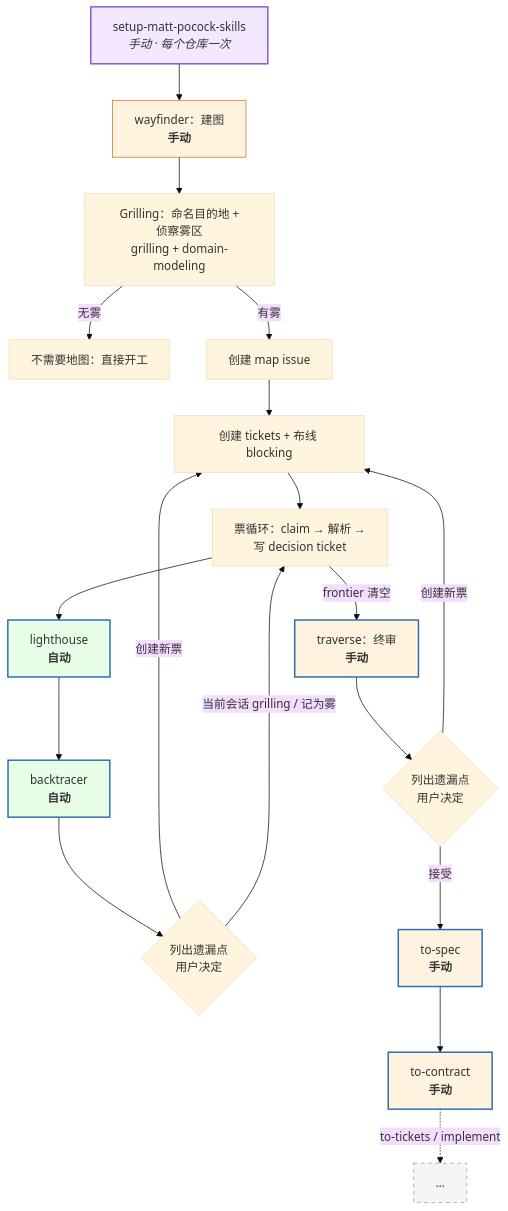
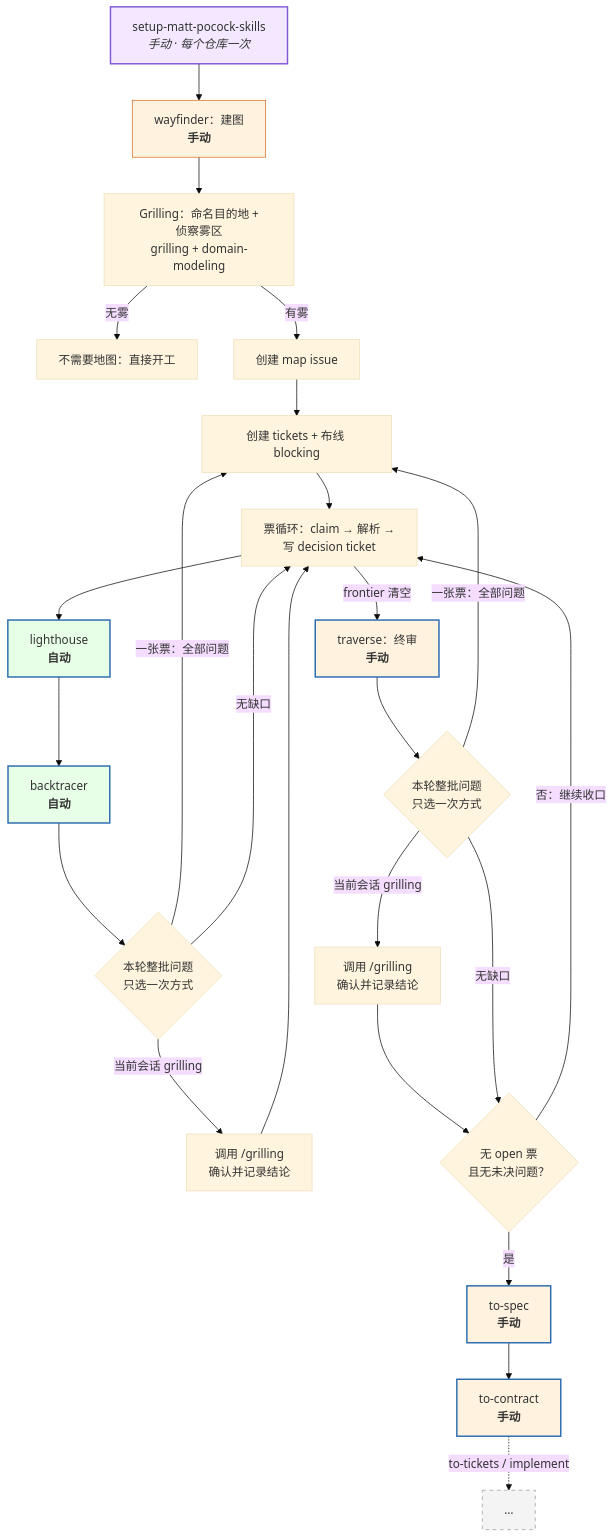
Before and after one commit to hugosol/oh-my-wayfinder: the first of 2 diagrams in README.cn.md, drawn with Mermaid (base theme). The commit also changed other lines of this file and 6 other files, not shown here.

````diff
--- a/README.cn.md
+++ b/README.cn.md
@@ -61,29 +61,35 @@
 ```mermaid
 flowchart TD
     S["setup-matt-pocock-skills<br/><i>手动 · 每个仓库一次</i>"] --> W["wayfinder：建图<br/><b>手动</b>"]
     W --> G["Grilling：命名目的地 +<br/>侦察雾区<br/>grilling + domain-modeling"]
     G -->|"无雾"| N["不需要地图：直接开工"]
     G -->|"有雾"| M["创建 map issue"]
     M --> T["创建 tickets + 布线 blocking"]
     T --> L["票循环：claim → 解析 →<br/>写 decision ticket"]
     L --> LH["lighthouse<br/><b>自动</b>"]
     LH --> BT["backtracer<br/><b>自动</b>"]
-    BT --> CG{"列出遗漏点<br/>用户决定"}
-    CG -->|"创建新票"| T
-    CG -->|"当前会话 grilling / 记为雾"| L
+    BT --> CG{"本轮整批问题<br/>只选一次方式"}
+    CG -->|"一张票：全部问题"| T
+    CG -->|"当前会话 grilling"| BG["调用 /grilling<br/>确认并记录结论"]
+    BG --> L
+    CG -->|"无缺口"| L
     L -->|"frontier 清空"| TR["traverse：终审<br/><b>手动</b>"]
-    TR --> CG2{"列出遗漏点<br/>用户决定"}
-    CG2 -->|"创建新票"| T
-    CG2 -->|"接受"| TS["to-spec<br/><b>手动</b>"]
+    TR --> CG2{"本轮整批问题<br/>只选一次方式"}
+    CG2 -->|"一张票：全部问题"| T
+    CG2 -->|"当前会话 grilling"| TG["调用 /grilling<br/>确认并记录结论"]
+    TG --> R{"无 open 票<br/>且无未决问题？"}
+    R -->|"是"| TS["to-spec<br/><b>手动</b>"]
+    R -->|"否：继续收口"| L
+    CG2 -->|"无缺口"| R
     TS --> TC["to-contract<br/><b>手动</b>"]
     TC -.->|"to-tickets / implement"| X["…"]
 
     style LH fill:#e6ffe6,stroke:#2b6cb0,stroke-width:2px
     style BT fill:#e6ffe6,stroke:#2b6cb0,stroke-width:2px
     style TR fill:#fff3e0,stroke:#2b6cb0,stroke-width:2px
     style W fill:#fff3e0,stroke:#dd6b20
     style S fill:#f3e8ff,stroke:#805ad5,stroke-width:2px
     style TS fill:#fff3e0,stroke:#2b6cb0,stroke-width:2px
     style TC fill:#fff3e0,stroke:#2b6cb0,stroke-width:2px
     style X fill:#f4f4f4,stroke:#999,stroke-dasharray:5 5
 ```
````
